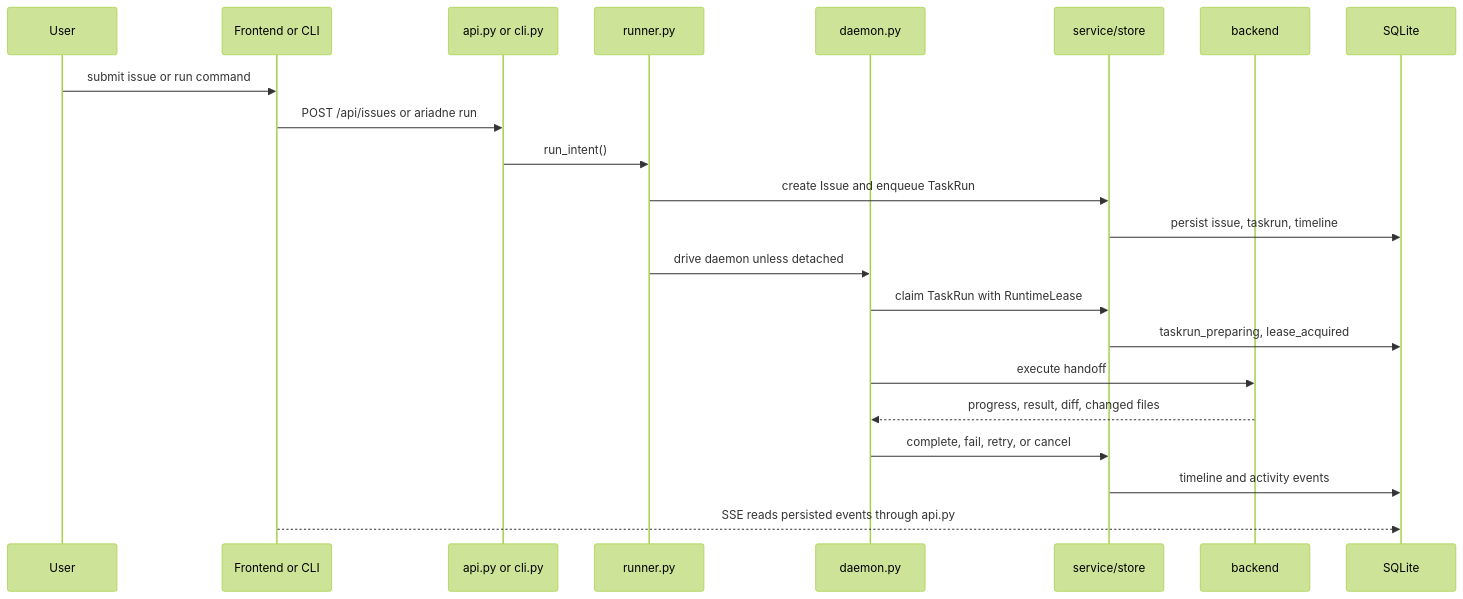
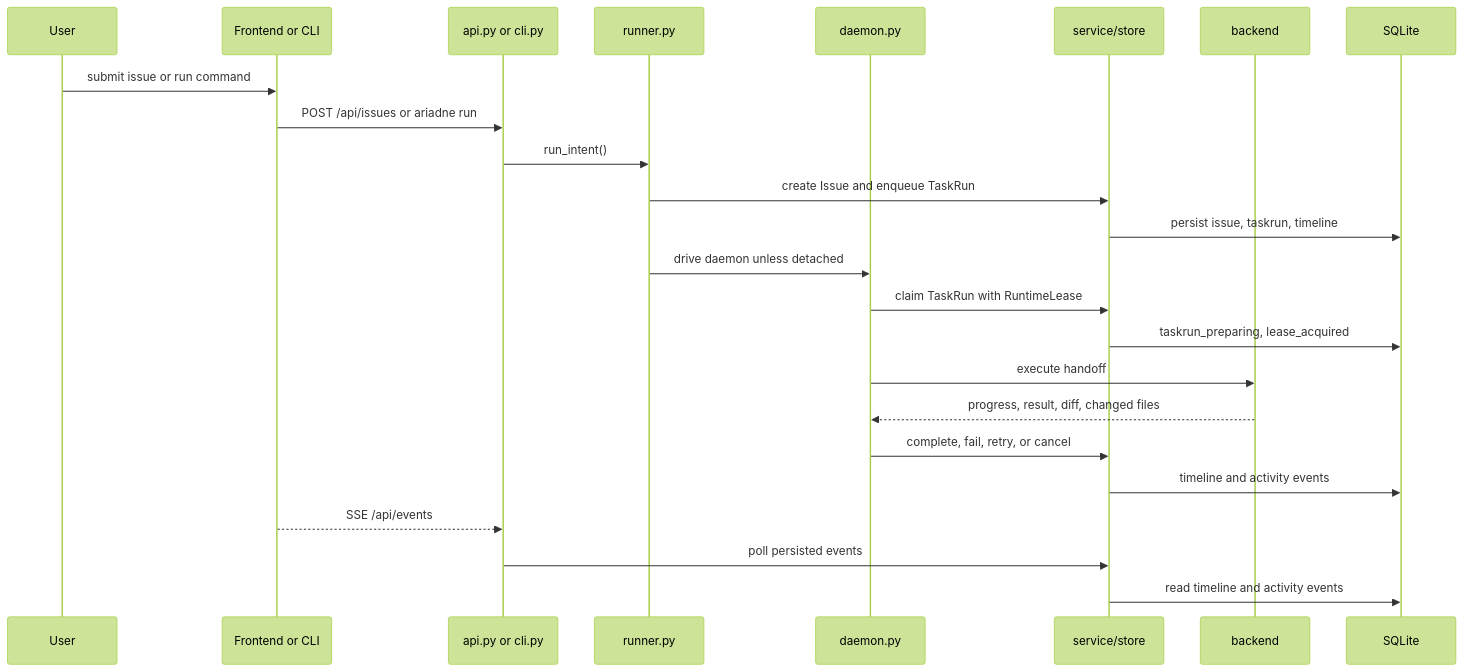
The second of 8 diagrams in README.md (Hackerismydream/ariadne-0630), drawn with Mermaid (forest theme) before and after one commit. The commit also changed other lines of this file and 16 other files, not shown here.

````diff
--- a/README.md
+++ b/README.md
@@ -85,25 +85,27 @@
 ```mermaid
 sequenceDiagram
   participant U as User
   participant F as Frontend or CLI
   participant A as api.py or cli.py
   participant R as runner.py
   participant D as daemon.py
   participant S as service/store
   participant B as backend
   participant DB as SQLite
 
   U->>F: submit issue or run command
   F->>A: POST /api/issues or ariadne run
   A->>R: run_intent()
   R->>S: create Issue and enqueue TaskRun
   S->>DB: persist issue, taskrun, timeline
   R->>D: drive daemon unless detached
   D->>S: claim TaskRun with RuntimeLease
   S->>DB: taskrun_preparing, lease_acquired
   D->>B: execute handoff
   B-->>D: progress, result, diff, changed files
   D->>S: complete, fail, retry, or cancel
   S->>DB: timeline and activity events
-  F-->>DB: SSE reads persisted events through api.py
+  F-->>A: SSE /api/events
+  A->>S: poll persisted events
+  S->>DB: read timeline and activity events
 ```
````
